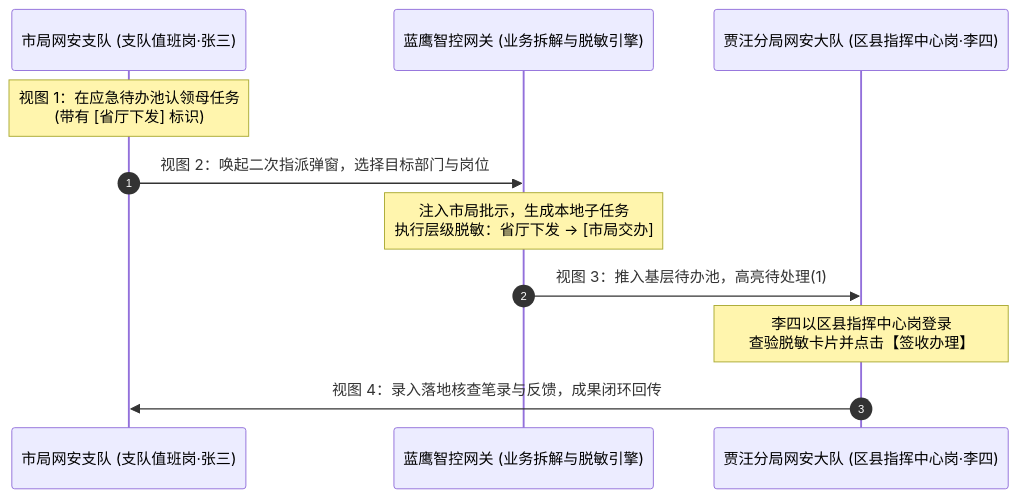
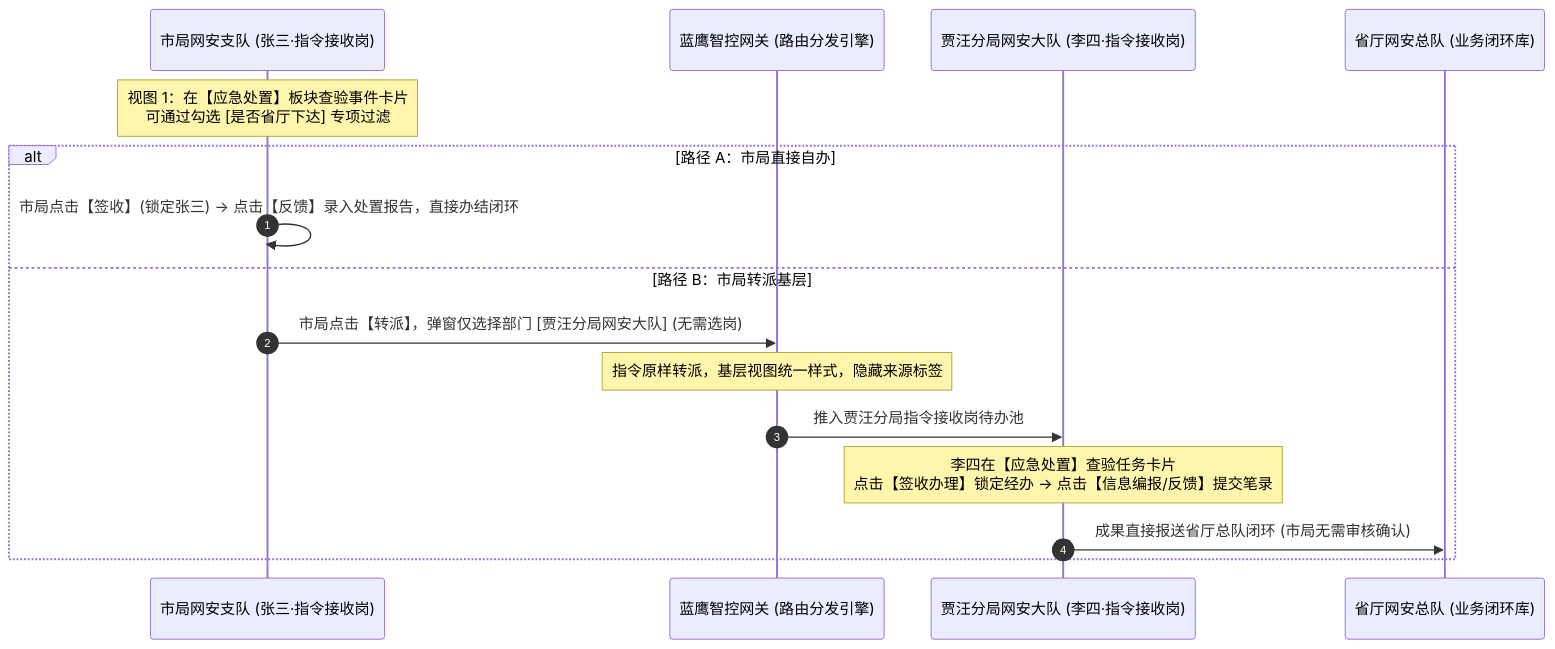
One commit to lueqian/lueqian.github.io changed the second of 3 diagrams in src/prototypes/蓝鹰一体化系统/spec.md. Above: the diagram before and after it, drawn with Mermaid. The commit also changed other lines of this file and 12 other files, not shown here.

````diff
--- a/src/prototypes/蓝鹰一体化系统/spec.md
+++ b/src/prototypes/蓝鹰一体化系统/spec.md
@@ -681,14 +577,19 @@
 ```mermaid
 sequenceDiagram
     autonumber
-    participant City as 市局网安支队 (支队值班岗·张三)
-    participant Core as 蓝鹰智控网关 (业务拆解与脱敏引擎)
-    participant County as 贾汪分局网安大队 (区县指挥中心岗·李四)
+    participant City as 市局网安支队 (张三·指令接收岗)
+    participant Core as 蓝鹰智控网关 (路由分发引擎)
+    participant County as 贾汪分局网安大队 (李四·指令接收岗)
+    participant Prov as 省厅网安总队 (业务闭环库)
 
-    Note over City: 视图 1：在应急待办池认领母任务<br/>(带有 [省厅下发] 标识)
-    City->>Core: 视图 2：唤起二次指派弹窗，选择目标部门与岗位
-    Note over Core: 注入市局批示，生成本地子任务<br/>执行层级脱敏：省厅下发 → [市局交办]
-    Core->>County: 视图 3：推入基层待办池，高亮待处理(1)
-    Note over County: 李四以区县指挥中心岗登录<br/>查验脱敏卡片并点击【签收办理】
-    County->>City: 视图 4：录入落地核查笔录与反馈，成果闭环回传
+    Note over City: 视图 1：在【应急处置】板块查验事件卡片<br/>可通过勾选 [是否省厅下达] 专项过滤
+    alt 路径 A：市局直接自办
+        City->>City: 市局点击【签收】(锁定张三) -> 点击【反馈】录入处置报告，直接办结闭环
+    else 路径 B：市局转派基层
+        City->>Core: 市局点击【转派】，弹窗仅选择部门 [贾汪分局网安大队] (无需选岗)
+        Note over Core: 指令原样转派，基层视图统一样式，隐藏来源标签
+        Core->>County: 推入贾汪分局指令接收岗待办池
+        Note over County: 李四在【应急处置】查验任务卡片<br/>点击【签收办理】锁定经办 -> 点击【信息编报/反馈】提交笔录
+        County->>Prov: 成果直接报送省厅总队闭环 (市局无需审核确认)
+    end
 ```
````
